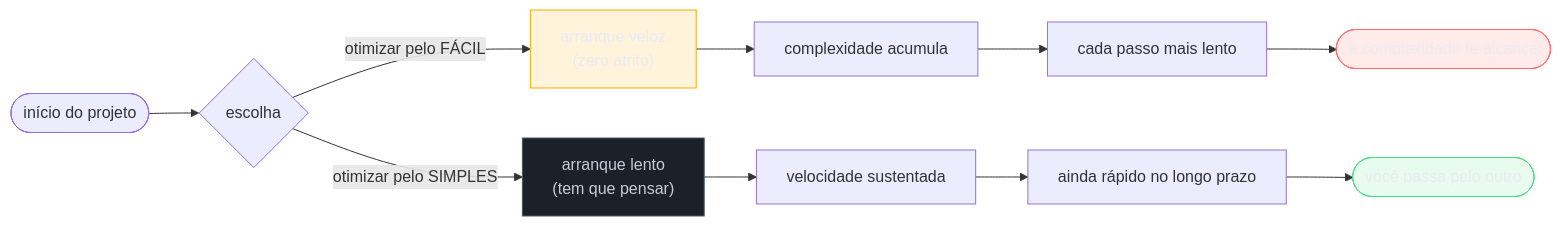
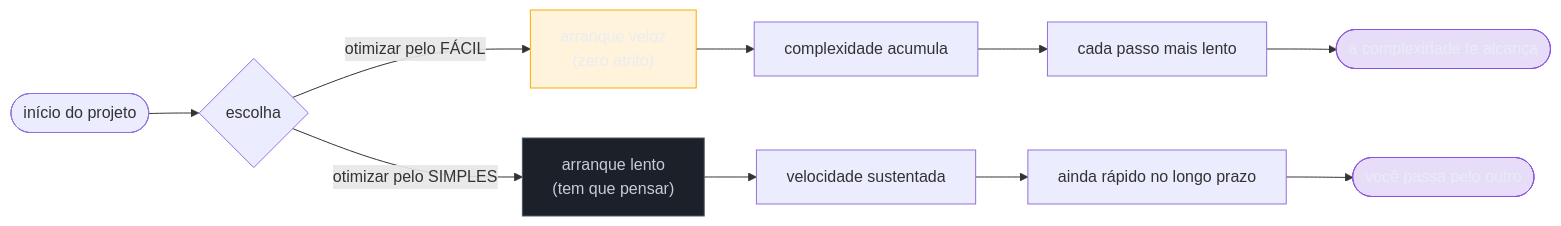
Before and after one commit to josenaldo/codex-technomanticus: the third of 4 diagrams in 03-Dominios/Engenharia/Complexidade de Software/03 - Simplicidade não é facilidade.md, drawn with Mermaid. The commit also changed other lines of this file and 601 other files, not shown here.

````diff
--- a/03-Dominios/Engenharia/Complexidade de Software/03 - Simplicidade não é facilidade.md
+++ b/03-Dominios/Engenharia/Complexidade de Software/03 - Simplicidade não é facilidade.md
@@ -224,20 +223,19 @@
 ```mermaid
 flowchart LR
+    classDef marca fill:#8855DF33,stroke:#8855DF,color:#E9ECF2
     classDef destaque fill:#FFAA0024,stroke:#FFAA00,color:#E9ECF2
-    classDef falha fill:#FF6B6B24,stroke:#FF6B6B,color:#E9ECF2
     classDef neutro fill:#1B2029,stroke:#4E5666,color:#C6CCD8
-    classDef ok fill:#4ADE8021,stroke:#4ADE80,color:#E9ECF2
     START([início do projeto]) --> SPLIT{escolha}
     SPLIT -->|"otimizar pelo FÁCIL"| E1["arranque veloz<br/>(zero atrito)"]
     E1 --> E2["complexidade acumula"]
     E2 --> E3["cada passo mais lento"]
     E3 --> E4(["a complexidade te alcança"])
     SPLIT -->|"otimizar pelo SIMPLES"| S1["arranque lento<br/>(tem que pensar)"]
     S1 --> S2["velocidade sustentada"]
     S2 --> S3["ainda rápido no longo prazo"]
     S3 --> S4(["você passa pelo outro"])
     class E1 destaque
-    class E4 falha
+    class E4 marca
     class S1 neutro
-    class S4 ok
+    class S4 marca
 ```
````
